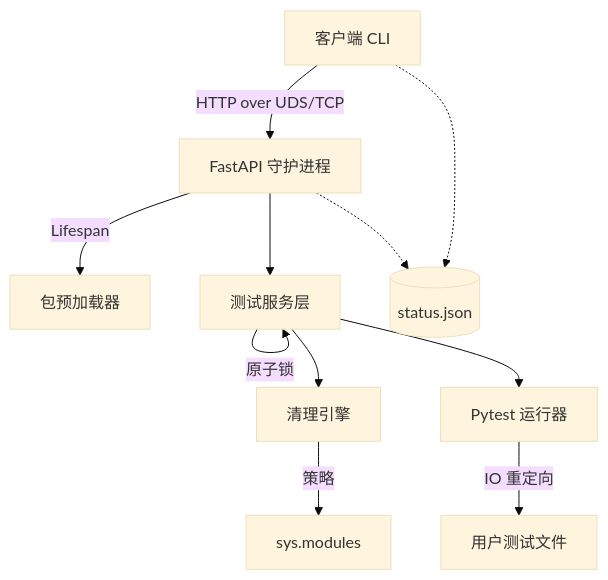
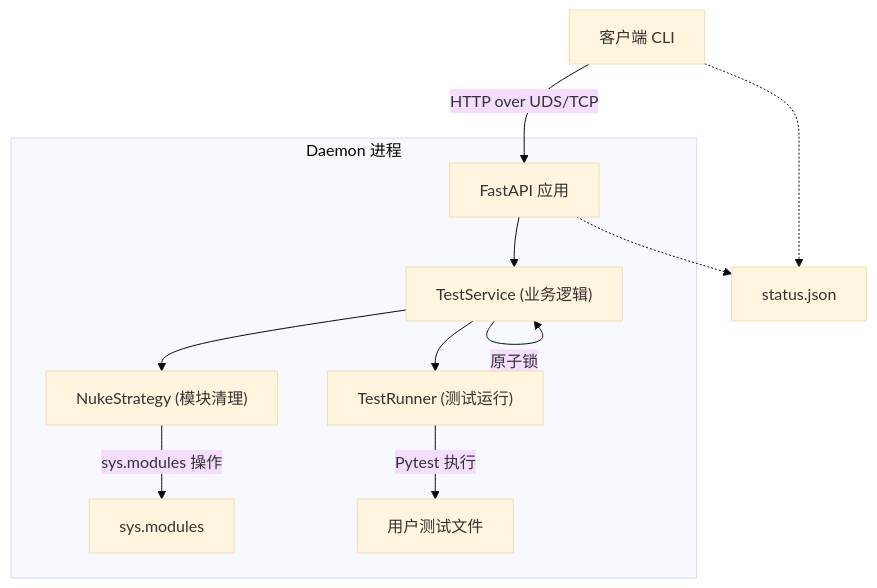
One commit to QingGo/sprintest changed the first of 2 diagrams in README_zh.md. Above: the diagram before and after it, drawn with Mermaid (base theme). The commit also changed other lines of this file and 1 other file, not shown here.

Commit message:
docs: add system architecture and test execution flow diagrams to README files

````diff
--- a/README_zh.md
+++ b/README_zh.md
@@ -44,13 +45,14 @@
 ```mermaid
 graph TD
-    Client[客户端 CLI] -->|HTTP over UDS/TCP| Daemon[FastAPI 守护进程]
-    Daemon -->|Lifespan| Preloader[包预加载器]
-    Daemon --> Service[测试服务层]
-    Service -->|原子锁| Service
-    Service --> Nuke[清理引擎]
-    Nuke -->|策略| PySys[sys.modules]
-    Service --> Runner[Pytest 运行器]
-    Runner -->|IO 重定向| Tests[用户测试文件]
-    Daemon -.-> Status[(status.json)]
+    Client["客户端 CLI"] -->|HTTP over UDS/TCP| App["FastAPI 应用"]
+    subgraph "Daemon 进程"
+        App --> Service["TestService (业务逻辑)"]
+        Service -->|原子锁| Service
+        Service --> Nuke["NukeStrategy (模块清理)"]
+        Nuke -->|sys.modules 操作| PySys[sys.modules]
+        Service --> Runner["TestRunner (测试运行)"]
+        Runner -->|Pytest 执行| Tests["用户测试文件"]
+    end
+    App -.-> Status["status.json"]
     Client -.-> Status
 ```
````
